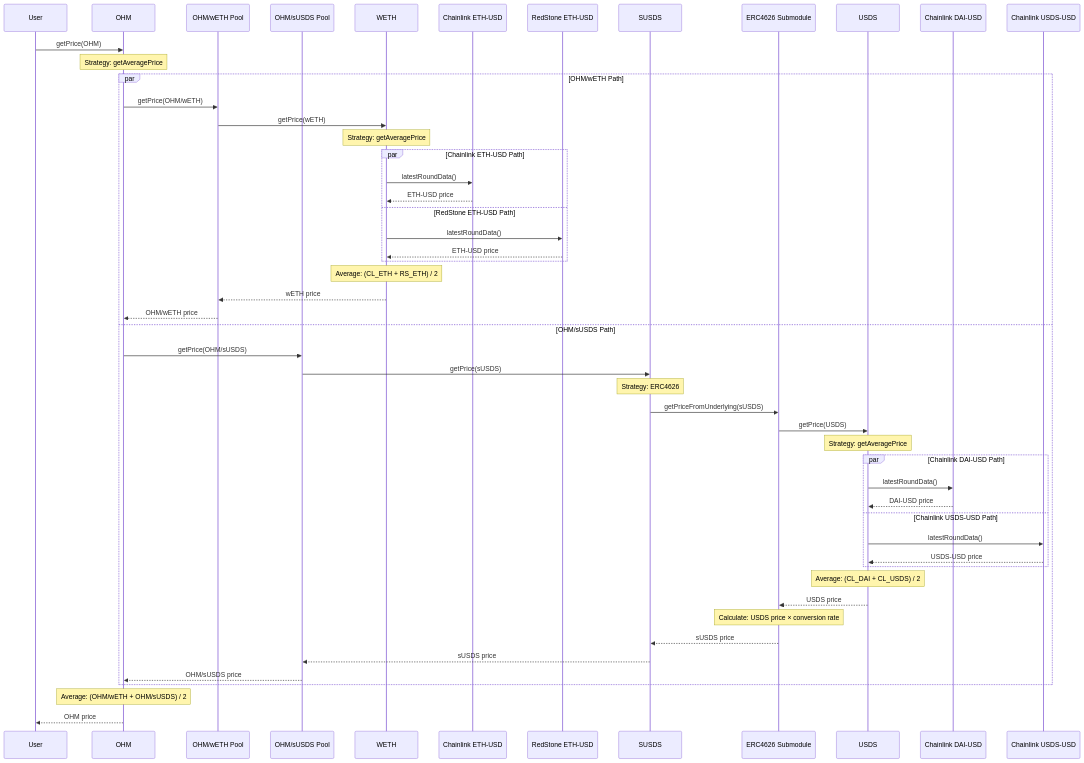
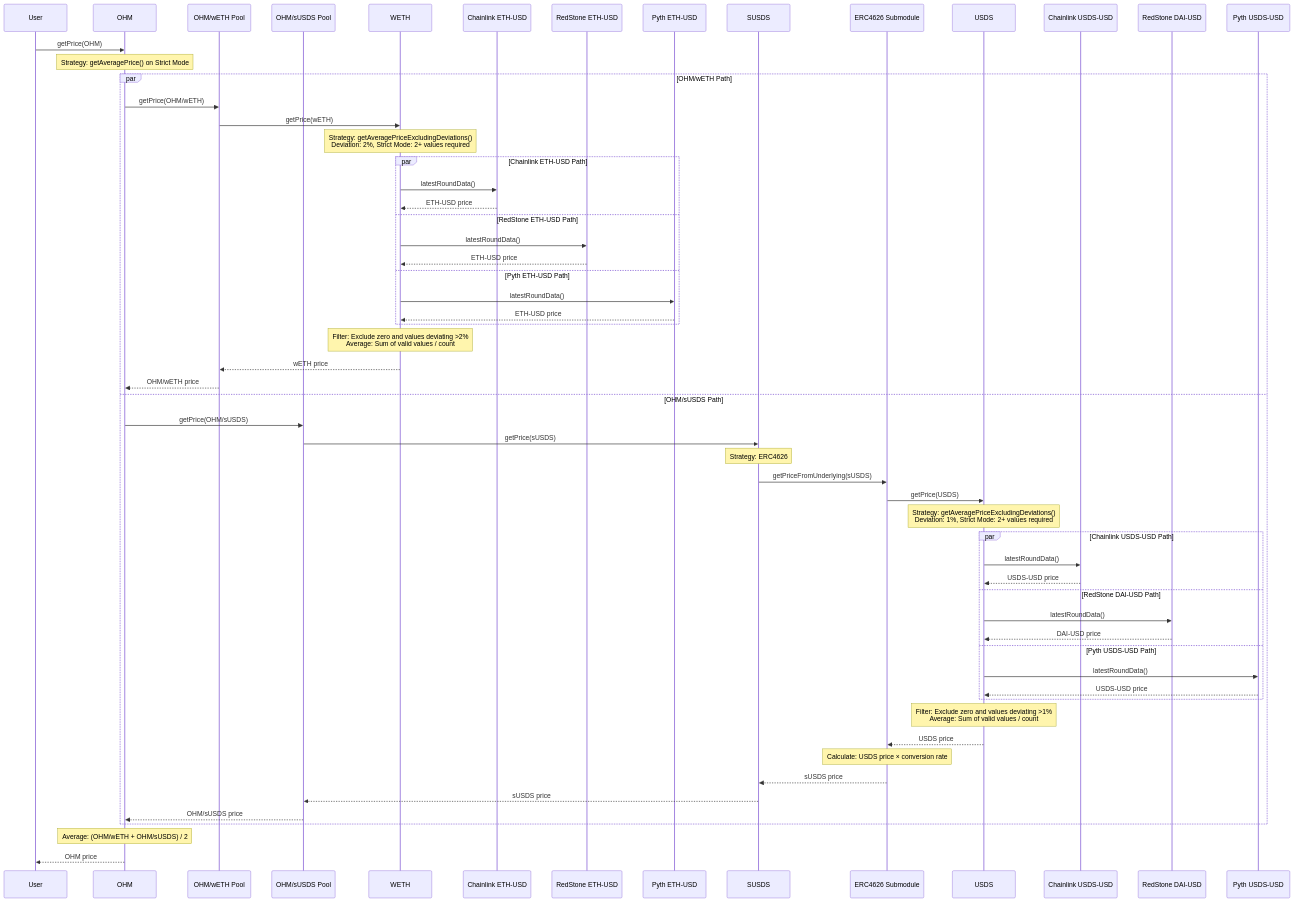
The third of 3 diagrams in documentation/price.md (OlympusDAO/olympus-v3), drawn with Mermaid before and after one commit. The commit also changed other lines of this file, not shown here.

Commit message:
docs: update configuration with Pyth price feeds and use of getAverageExcludingDeviations

````diff
--- a/documentation/price.md
+++ b/documentation/price.md
@@ -83,66 +99,74 @@
 ```mermaid
 sequenceDiagram
     participant User
     participant OHM
     participant OHM_WETH_Pool as OHM/wETH Pool
     participant OHM_SUSDS_Pool as OHM/sUSDS Pool
     participant WETH
     participant CL_ETH as Chainlink ETH-USD
     participant RS_ETH as RedStone ETH-USD
+    participant Pyth_ETH as Pyth ETH-USD
     participant SUSDS
     participant ERC4626 as ERC4626 Submodule
     participant USDS
-    participant CL_DAI as Chainlink DAI-USD
     participant CL_USDS as Chainlink USDS-USD
+    participant RS_DAI as RedStone DAI-USD
+    participant Pyth_USDS as Pyth USDS-USD
 
     User->>OHM: getPrice(OHM)
 
-    Note over OHM: Strategy: getAveragePrice
+    Note over OHM: Strategy: getAveragePrice() on Strict Mode
 
     par OHM/wETH Path
         OHM->>OHM_WETH_Pool: getPrice(OHM/wETH)
         OHM_WETH_Pool->>WETH: getPrice(wETH)
 
-        Note over WETH: Strategy: getAveragePrice
+        Note over WETH: Strategy: getAveragePriceExcludingDeviations()<br/>Deviation: 2%, Strict Mode: 2+ values required
 
         par Chainlink ETH-USD Path
             WETH->>CL_ETH: latestRoundData()
             CL_ETH-->>WETH: ETH-USD price
         and RedStone ETH-USD Path
             WETH->>RS_ETH: latestRoundData()
             RS_ETH-->>WETH: ETH-USD price
+        and Pyth ETH-USD Path
+            WETH->>Pyth_ETH: latestRoundData()
+            Pyth_ETH-->>WETH: ETH-USD price
         end
 
-        Note over WETH: Average: (CL_ETH + RS_ETH) / 2
+        Note over WETH: Filter: Exclude zero and values deviating >2%<br/>Average: Sum of valid values / count
         WETH-->>OHM_WETH_Pool: wETH price
         OHM_WETH_Pool-->>OHM: OHM/wETH price
     and OHM/sUSDS Path
         OHM->>OHM_SUSDS_Pool: getPrice(OHM/sUSDS)
         OHM_SUSDS_Pool->>SUSDS: getPrice(sUSDS)
 
         Note over SUSDS: Strategy: ERC4626
 
         SUSDS->>ERC4626: getPriceFromUnderlying(sUSDS)
         ERC4626->>USDS: getPrice(USDS)
 
-        Note over USDS: Strategy: getAveragePrice
+        Note over USDS: Strategy: getAveragePriceExcludingDeviations()<br/>Deviation: 1%, Strict Mode: 2+ values required
 
-        par Chainlink DAI-USD Path
-            USDS->>CL_DAI: latestRoundData()
-            CL_DAI-->>USDS: DAI-USD price
-        and Chainlink USDS-USD Path
+        par Chainlink USDS-USD Path
             USDS->>CL_USDS: latestRoundData()
             CL_USDS-->>USDS: USDS-USD price
+        and RedStone DAI-USD Path
+            USDS->>RS_DAI: latestRoundData()
+            RS_DAI-->>USDS: DAI-USD price
+        and Pyth USDS-USD Path
+            USDS->>Pyth_USDS: latestRoundData()
+            Pyth_USDS-->>USDS: USDS-USD price
         end
 
-        Note over USDS: Average: (CL_DAI + CL_USDS) / 2
+        Note over USDS: Filter: Exclude zero and values deviating >1%<br/>Average: Sum of valid values / count
         USDS-->>ERC4626: USDS price
         Note over ERC4626: Calculate: USDS price × conversion rate
         ERC4626-->>SUSDS: sUSDS price
         SUSDS-->>OHM_SUSDS_Pool: sUSDS price
         OHM_SUSDS_Pool-->>OHM: OHM/sUSDS price
     end
 
     Note over OHM: Average: (OHM/wETH + OHM/sUSDS) / 2
     OHM-->>User: OHM price
 ```
````
